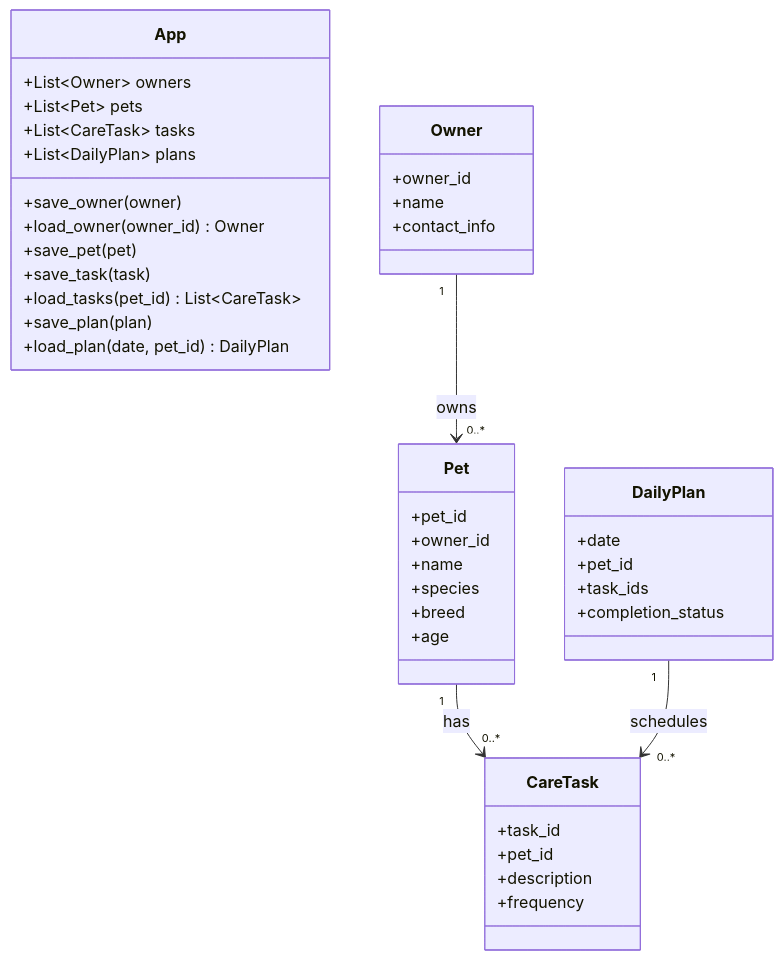
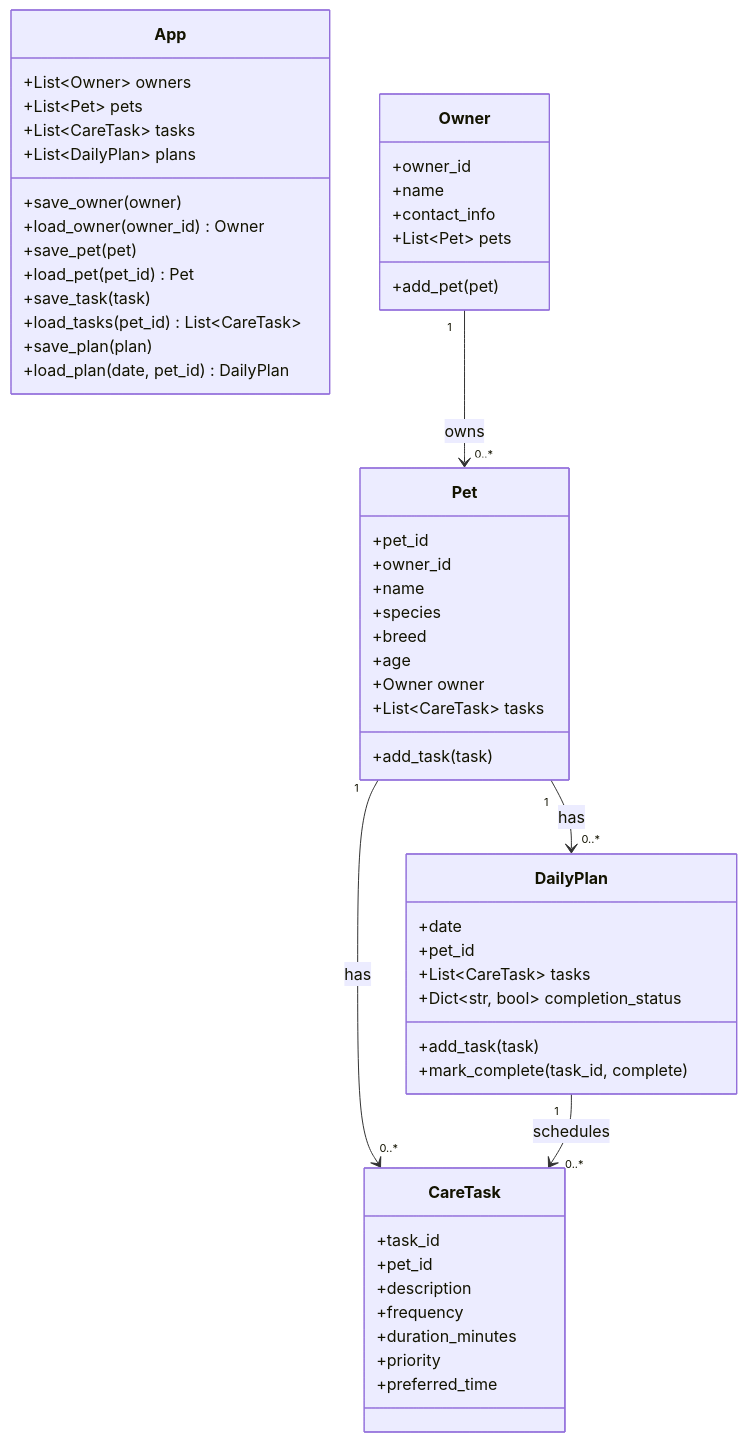
The diagram in class_diagram.mmd (lmartinezbautista1-ui/ai110-module2show-pawpal-starter), drawn with Mermaid before and after one commit. The commit also changed 8 other files, not shown here.

```diff
--- a/class_diagram.mmd
+++ b/class_diagram.mmd
@@ -1,49 +1,61 @@
 classDiagram
     direction TB
 
     class App {
         +List~Owner~ owners
         +List~Pet~ pets
         +List~CareTask~ tasks
         +List~DailyPlan~ plans
         +save_owner(owner)
         +load_owner(owner_id) Owner
         +save_pet(pet)
+        +load_pet(pet_id) Pet
         +save_task(task)
         +load_tasks(pet_id) List~CareTask~
         +save_plan(plan)
         +load_plan(date, pet_id) DailyPlan
     }
 
     class Owner {
         +owner_id
         +name
         +contact_info
+        +List~Pet~ pets
+        +add_pet(pet)
     }
 
     class Pet {
         +pet_id
         +owner_id
         +name
         +species
         +breed
         +age
+        +Owner owner
+        +List~CareTask~ tasks
+        +add_task(task)
     }
 
     class CareTask {
         +task_id
         +pet_id
         +description
         +frequency
+        +duration_minutes
+        +priority
+        +preferred_time
     }
 
     class DailyPlan {
         +date
         +pet_id
-        +task_ids
-        +completion_status
+        +List~CareTask~ tasks
+        +Dict~str, bool~ completion_status
+        +add_task(task)
+        +mark_complete(task_id, complete)
     }
 
     Owner "1" --> "0..*" Pet : owns
     Pet "1" --> "0..*" CareTask : has
+    Pet "1" --> "0..*" DailyPlan : has
     DailyPlan "1" --> "0..*" CareTask : schedules
```
